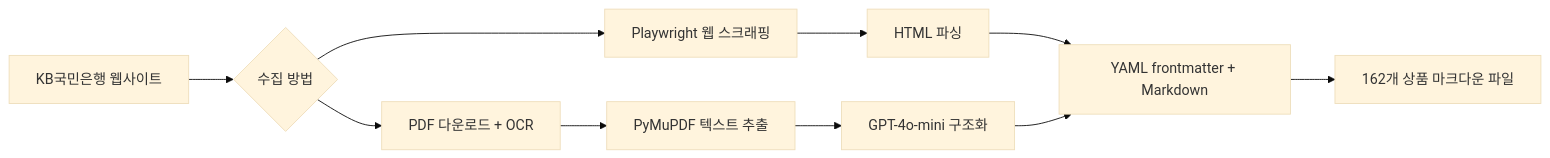
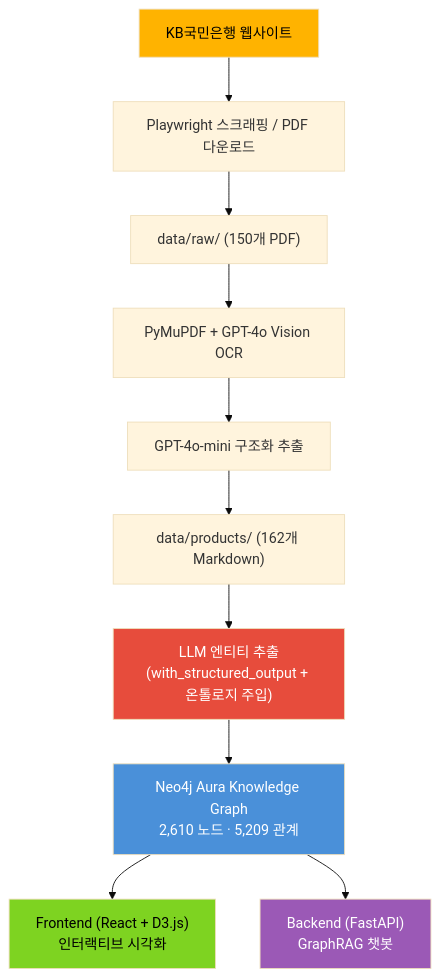
One commit to BancaKim/KBBank_Knowledge_graph changed the first of 3 diagrams in README.md. Above: the diagram before and after it, drawn with Mermaid (base theme). The commit also changed other lines of this file and 13 other files, not shown here.

First line of the commit message:
LLM 기반 엔티티 추출 파이프라인 구축 + 예금/대출 온톨로지 분리

````diff
--- a/README.md
+++ b/README.md
@@ -17,14 +15,18 @@
 ```mermaid
-flowchart LR
-    A[KB국민은행 웹사이트] --> B{수집 방법}
-    B --> C[Playwright 웹 스크래핑]
-    B --> D[PDF 다운로드 + OCR]
+flowchart TD
+    A["KB국민은행 웹사이트"] --> B["Playwright 스크래핑 / PDF 다운로드"]
+    B --> C["data/raw/ (150개 PDF)"]
+    C --> D["PyMuPDF + GPT-4o Vision OCR"]
+    D --> E["GPT-4o-mini 구조화 추출"]
+    E --> F["data/products/ (162개 Markdown)"]
+    F --> G["LLM 엔티티 추출\n(with_structured_output + 온톨로지 주입)"]
+    G --> H["Neo4j Aura Knowledge Graph\n2,610 노드 · 5,209 관계"]
+    H --> I["Frontend (React + D3.js)\n인터랙티브 시각화"]
+    H --> J["Backend (FastAPI)\nGraphRAG 챗봇"]
 
-    C --> E[HTML 파싱]
-    D --> F[PyMuPDF 텍스트 추출]
-    F --> G[GPT-4o-mini 구조화]
-    E --> H[YAML frontmatter + Markdown]
-    G --> H
-
-    H --> I["162개 상품 마크다운 파일"]
+    style A fill:#FFB300,color:#000
+    style G fill:#E74C3C,color:#fff
+    style H fill:#4A90D9,color:#fff
+    style I fill:#7ED321,color:#000
+    style J fill:#9B59B6,color:#fff
 ```
````
